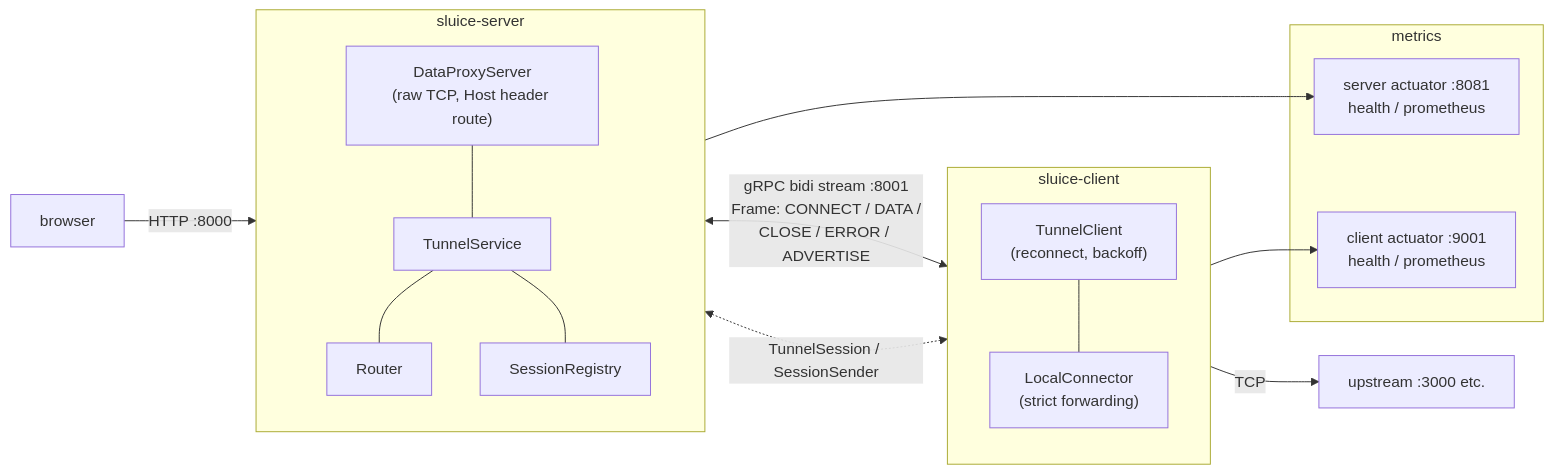
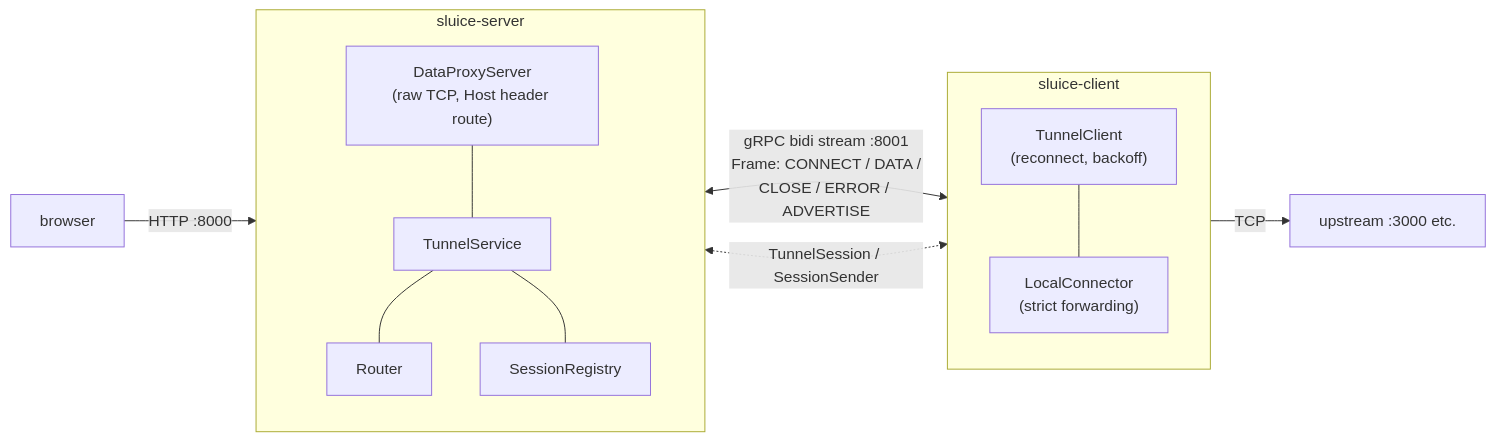
One commit to making/sluice changed the first of 2 diagrams in README.md. Above: the diagram before and after it, drawn with Mermaid.

Commit message:
Drop actuator endpoints from the architecture diagram

````diff
--- a/README.md
+++ b/README.md
@@ -11,37 +11,30 @@
 ```mermaid
 flowchart LR
     browser["browser"]
 
     subgraph server["sluice-server"]
         direction TB
         dps["DataProxyServer<br/>(raw TCP, Host header route)"]
         ts["TunnelService"]
         router["Router"]
         registry["SessionRegistry"]
     end
 
     subgraph client["sluice-client"]
         direction TB
         tc["TunnelClient<br/>(reconnect, backoff)"]
         lc["LocalConnector<br/>(strict forwarding)"]
     end
 
     upstream["upstream :3000 etc."]
 
     browser -- "HTTP :8000" --> dps
     dps <-- "gRPC bidi stream :8001<br/>Frame: CONNECT / DATA /<br/>CLOSE / ERROR / ADVERTISE" --> tc
     tc --- lc
     lc -- TCP --> upstream
 
     dps --- ts
     ts --- router
     ts --- registry
     ts <-. "TunnelSession / SessionSender" .-> lc
-
-    subgraph metrics
-        h1["server actuator :8081<br/>health / prometheus"]
-        h2["client actuator :9001<br/>health / prometheus"]
-    end
-    server --> h1
-    client --> h2
 ```
````
